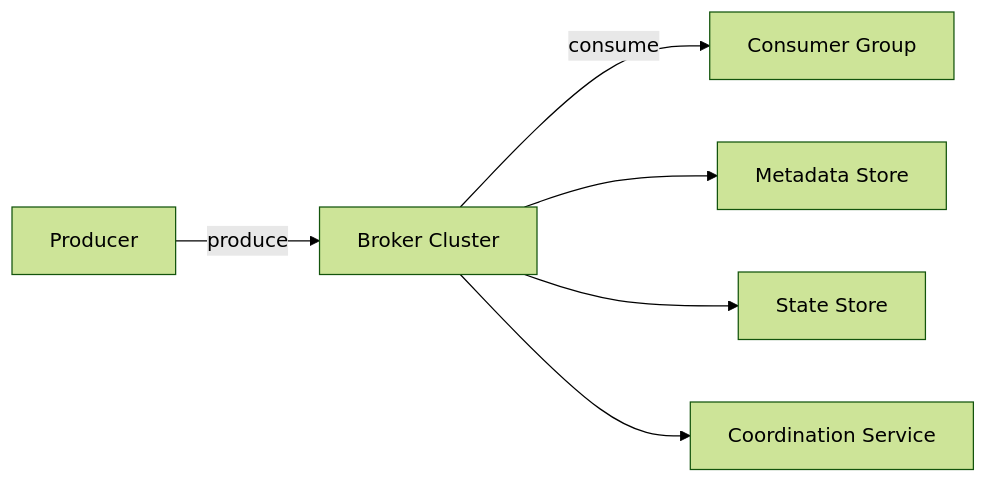
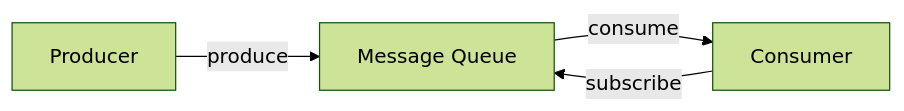
Before and after one commit to mthaiseer/springcloud-systemdesign-notes: the fourth of 47 diagrams in HLD_NOTES/004_INTERVIEW_PROBLEMS/016_distributed_message_queue_notes.md, drawn with Mermaid (forest theme). The commit also changed other lines of this file, not shown here.

````diff
--- a/HLD_NOTES/004_INTERVIEW_PROBLEMS/016_distributed_message_queue_notes.md
+++ b/HLD_NOTES/004_INTERVIEW_PROBLEMS/016_distributed_message_queue_notes.md
@@ -5,8 +131,6 @@
 ```mermaid
 flowchart LR
-    P[Producer] -->|produce| B[Broker Cluster]
-    B -->|consume| C[Consumer Group]
-    B --> M[Metadata Store]
-    B --> S[State Store]
-    B --> Z[Coordination Service]
+    P[Producer] -->|produce| Q[Message Queue]
+    C[Consumer] -->|subscribe| Q
+    Q -->|consume| C
 ```
````
